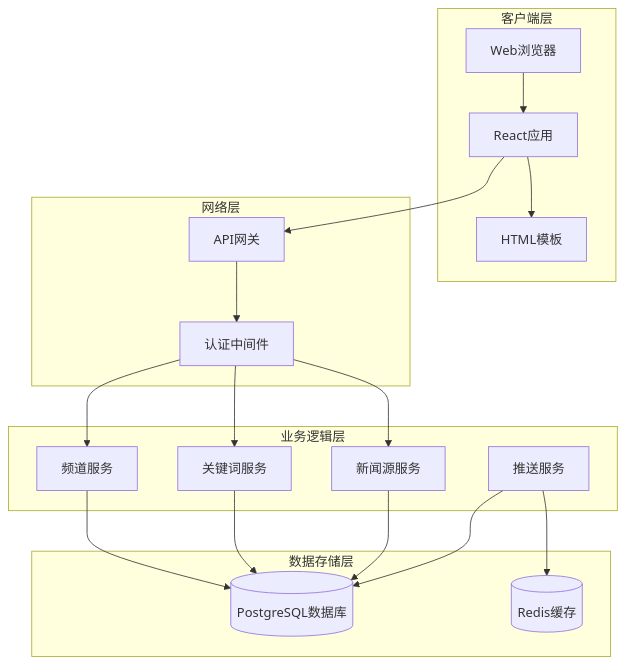
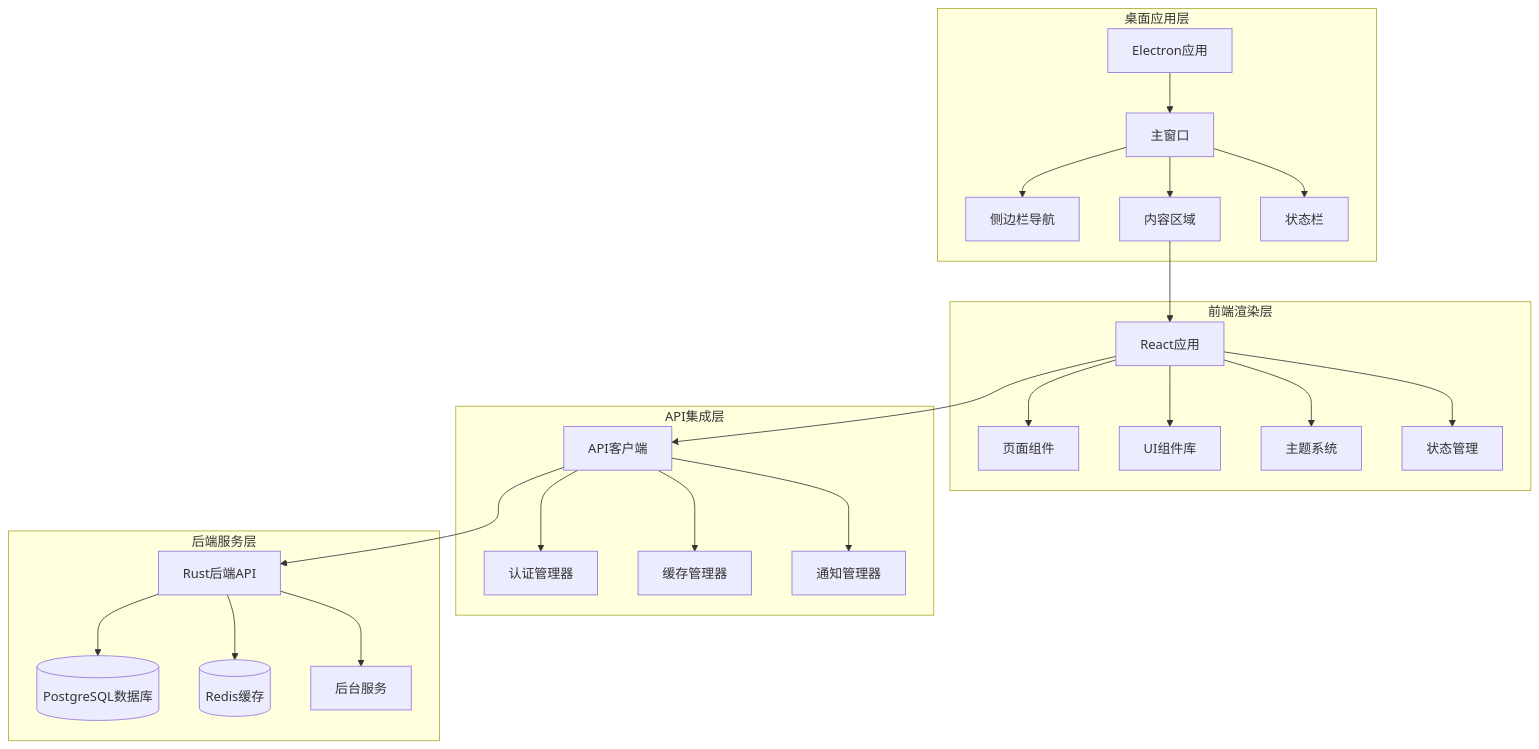
One commit to leimu-hue/AI-Trend-Tool changed the fourth of 10 diagrams in .qoder/repowiki/zh/content/开发指南/前端开发指南.md. Above: the diagram before and after it, drawn with Mermaid. The commit also changed other lines of this file and 74 other files, not shown here.

````diff
--- a/.qoder/repowiki/zh/content/开发指南/前端开发指南.md
+++ b/.qoder/repowiki/zh/content/开发指南/前端开发指南.md
@@ -131,34 +229,46 @@
 ```mermaid
 graph TB
-subgraph "客户端层"
-Browser[Web浏览器]
+subgraph "桌面应用层"
+ElectronApp[Electron应用]
+MainWindow[主窗口]
+Sidebar[侧边栏导航]
+ContentArea[内容区域]
+StatusBar[状态栏]
+end
+subgraph "前端渲染层"
 ReactApp[React应用]
-Templates[HTML模板]
+PageComponents[页面组件]
+UIComponents[UI组件库]
+ThemeSystem[主题系统]
+StateManagement[状态管理]
 end
-subgraph "网络层"
-APIGateway[API网关]
-Authentication[认证中间件]
+subgraph "API集成层"
+APIClient[API客户端]
+AuthManager[认证管理器]
+CacheManager[缓存管理器]
+NotificationManager[通知管理器]
 end
-subgraph "业务逻辑层"
-ChannelService[频道服务]
-KeywordService[关键词服务]
-SourceService[新闻源服务]
-PusherService[推送服务]
+subgraph "后端服务层"
+BackendAPI[Rust后端API]
+Database[(PostgreSQL数据库)]
+RedisCache[(Redis缓存)]
+BackgroundServices[后台服务]
 end
-subgraph "数据存储层"
-PostgreSQL[(PostgreSQL数据库)]
-Redis[(Redis缓存)]
-end
-Browser --> ReactApp
-ReactApp --> Templates
-ReactApp --> APIGateway
-APIGateway --> Authentication
-Authentication --> ChannelService
-Authentication --> KeywordService
-Authentication --> SourceService
-ChannelService --> PostgreSQL
-KeywordService --> PostgreSQL
-SourceService --> PostgreSQL
-PusherService --> Redis
-PusherService --> PostgreSQL
+ElectronApp --> MainWindow
+MainWindow --> Sidebar
+MainWindow --> ContentArea
+MainWindow --> StatusBar
+ContentArea --> ReactApp
+ReactApp --> PageComponents
+ReactApp --> UIComponents
+ReactApp --> ThemeSystem
+ReactApp --> StateManagement
+ReactApp --> APIClient
+APIClient --> AuthManager
+APIClient --> CacheManager
+APIClient --> NotificationManager
+APIClient --> BackendAPI
+BackendAPI --> Database
+BackendAPI --> RedisCache
+BackendAPI --> BackgroundServices
 ```
````
